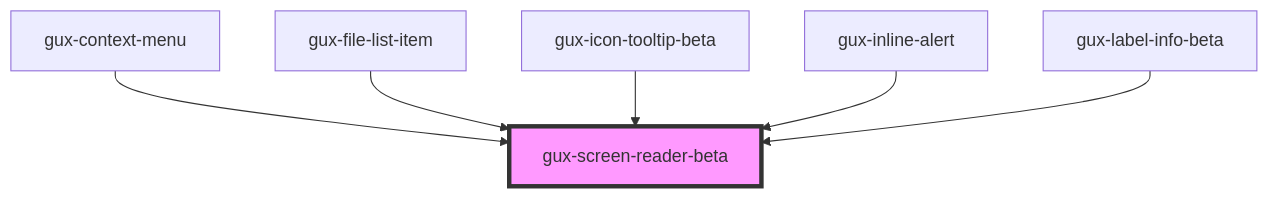
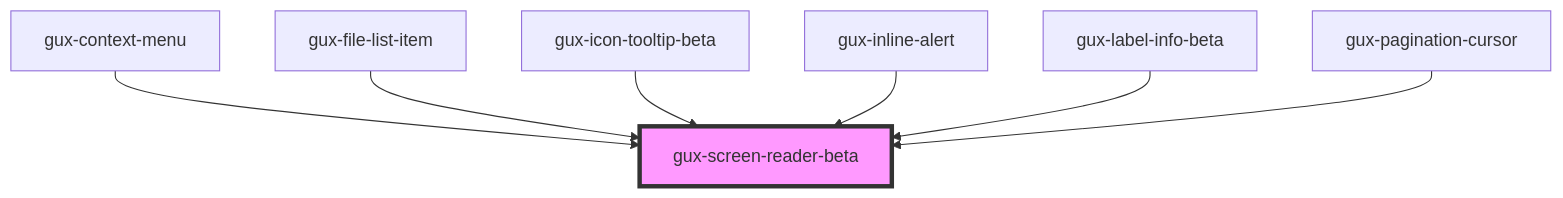
The diagram in packages/genesys-spark-components/src/components/beta/gux-screen-reader/readme.md (MyPureCloud/genesys-spark), drawn with Mermaid before and after one commit. The commit also changed other lines of this file and 10 other files, not shown here.

````diff
--- a/packages/genesys-spark-components/src/components/beta/gux-screen-reader/readme.md
+++ b/packages/genesys-spark-components/src/components/beta/gux-screen-reader/readme.md
@@ -26,9 +27,10 @@
 ```mermaid
 graph TD;
   gux-context-menu --> gux-screen-reader-beta
   gux-file-list-item --> gux-screen-reader-beta
   gux-icon-tooltip-beta --> gux-screen-reader-beta
   gux-inline-alert --> gux-screen-reader-beta
   gux-label-info-beta --> gux-screen-reader-beta
+  gux-pagination-cursor --> gux-screen-reader-beta
   style gux-screen-reader-beta fill:#f9f,stroke:#333,stroke-width:4px
 ```
````
